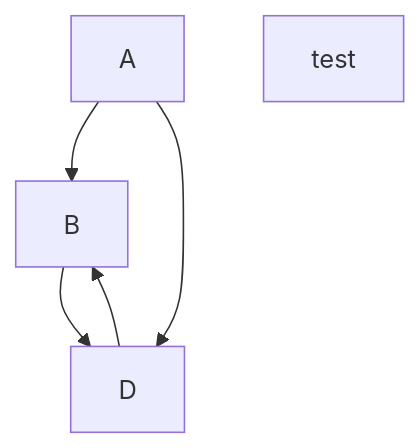
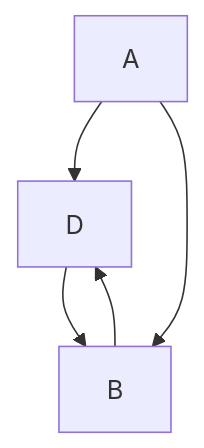
One commit to consulan/killercoda-test-gitclone changed the diagram in README.md. Above: the diagram before and after it, drawn with Mermaid.

Commit message:
course(auto):Otra linea del curso

````diff
--- a/README.md
+++ b/README.md
@@ -8,9 +8,7 @@
  ```mermaid
  graph TD;
-    A-->B;
+    A-->D;
     D-->B;
     B-->D;
-    A-->D;
-  test
-  test
+    A-->B;
 ```
````
